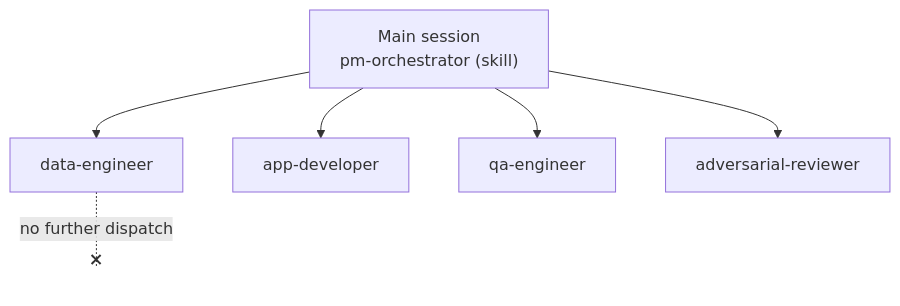
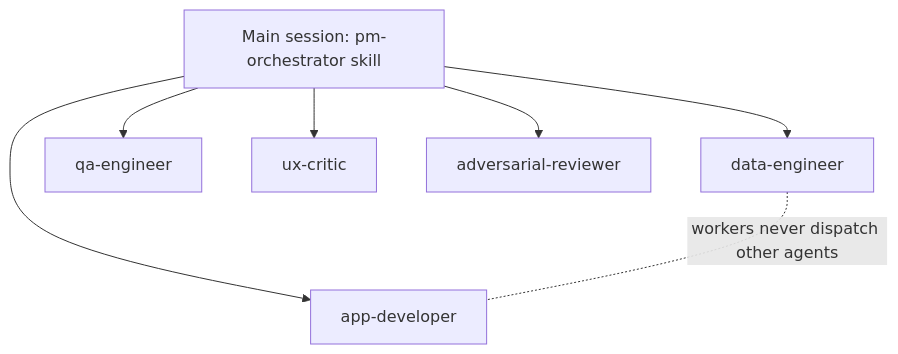
The third of 6 diagrams in docs/workflow.md (jesusr-db/agent_team), drawn with Mermaid before and after one commit. The commit also changed other lines of this file, not shown here.

First line of the commit message:
docs: fix workflow diagrams and show iteration loops

````diff
--- a/docs/workflow.md
+++ b/docs/workflow.md
@@ -52,9 +55,9 @@
 ```mermaid
 flowchart TD
-    MAIN["Main session<br/>pm-orchestrator (skill)"] --> W1[data-engineer]
-    MAIN --> W2[app-developer]
-    MAIN --> W3[qa-engineer]
-    MAIN --> W4[adversarial-reviewer]
-    W1 -. "no further dispatch" .-x X[ ]
-    style X fill:none,stroke:none
+    MAIN["Main session: pm-orchestrator skill"] --> W1["data-engineer"]
+    MAIN --> W2["app-developer"]
+    MAIN --> W3["qa-engineer"]
+    MAIN --> W4["ux-critic"]
+    MAIN --> W5["adversarial-reviewer"]
+    W1 -.-|"workers never dispatch other agents"| W2
 ```
````
